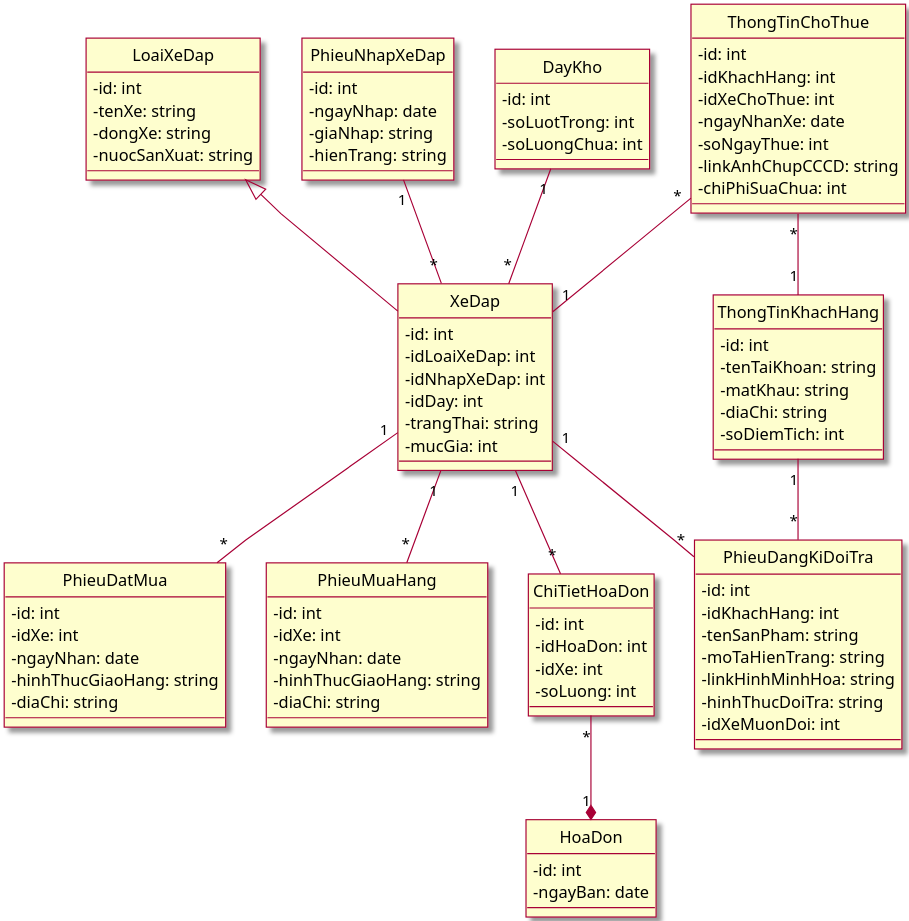
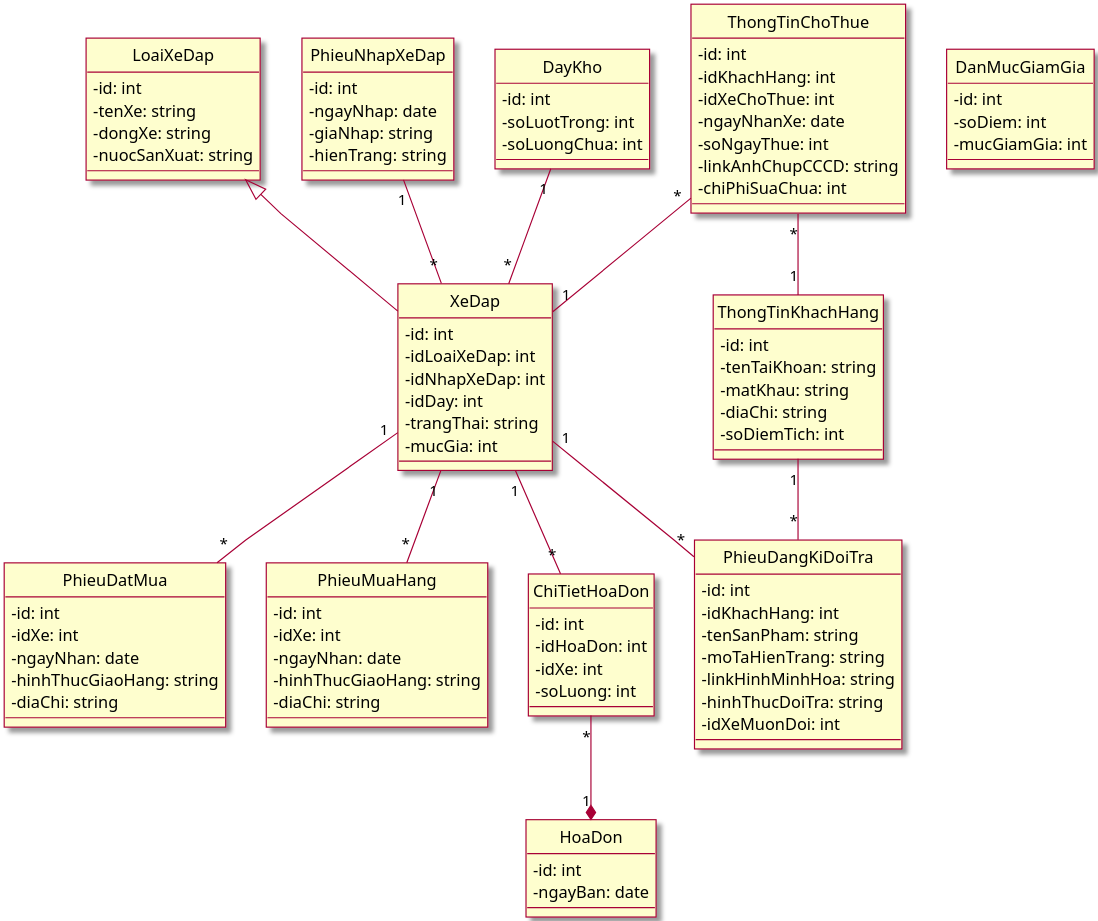
Before and after one commit to Marowota/SE100-plantuml: the diagram in excercise/class.puml, drawn with PlantUML.

Commit message:
add discount information

```diff
--- a/excercise/class.puml
+++ b/excercise/class.puml
@@ -1,117 +1,122 @@
 @startuml Class Diagram
 
 skin rose
 skinparam classAttributeIconSize 0
 ' skinparam linetype ortho
 skinparam linetype polyline
 hide circle
 scale 3
 
 class LoaiXeDap {
     - id: int
     - tenXe: string
     - dongXe: string
     - nuocSanXuat: string
 }
 
 class PhieuNhapXeDap{
     - id: int
     - ngayNhap: date
     - giaNhap: string
     - hienTrang: string 
 }
 
 
 class DayKho {
     - id: int
     - soLuotTrong: int
     - soLuongChua: int
 }
 
 class XeDap {
     - id: int
     - idLoaiXeDap: int
     - idNhapXeDap: int
     - idDay: int
     - trangThai: string
     - mucGia: int
 }
 
 class PhieuDatMua {
     - id: int
     - idXe: int
     - ngayNhan: date
     - hinhThucGiaoHang: string
     - diaChi: string
 }
 
 class PhieuMuaHang {
     - id: int
     - idXe: int
     - ngayNhan: date
     - hinhThucGiaoHang: string
     - diaChi: string
 }
 
 class HoaDon {
     - id: int
     - ngayBan: date
 }
 
 class ChiTietHoaDon {
     - id: int
     - idHoaDon: int
     - idXe: int
     - soLuong: int
 }
 
 class PhieuDangKiDoiTra {
     - id: int
     - idKhachHang: int
     - tenSanPham: string
     - moTaHienTrang: string
     - linkHinhMinhHoa: string
     - hinhThucDoiTra: string
     - idXeMuonDoi: int
 }
 
 class ThongTinChoThue {
     - id: int
     - idKhachHang: int
     - idXeChoThue: int
     - ngayNhanXe: date
     - soNgayThue: int
     - linkAnhChupCCCD: string
     - chiPhiSuaChua: int
 }
 
 class ThongTinKhachHang{
     - id: int
     - tenTaiKhoan: string
     - matKhau: string
     - diaChi: string
     - soDiemTich: int
 }
 
+class DanMucGiamGia {
+    - id: int
+    - soDiem: int
+    - mucGiamGia: int
+}
 
 LoaiXeDap <|-- XeDap
 ChiTietHoaDon "*"--*"1" HoaDon
 PhieuNhapXeDap "1"--"*" XeDap
 DayKho "1"--"*" XeDap
 XeDap "1"--"*" ChiTietHoaDon
 XeDap "1"--"*" PhieuDangKiDoiTra
 ThongTinKhachHang "1"--"*" PhieuDangKiDoiTra
 XeDap "1"--"*" PhieuMuaHang
 XeDap "1"--"*" PhieuDatMua
 ThongTinChoThue "*"--"1" ThongTinKhachHang
 ThongTinChoThue "*"--"1" XeDap
 
 
 
 
 
 
 
 
 
 @enduml
```
